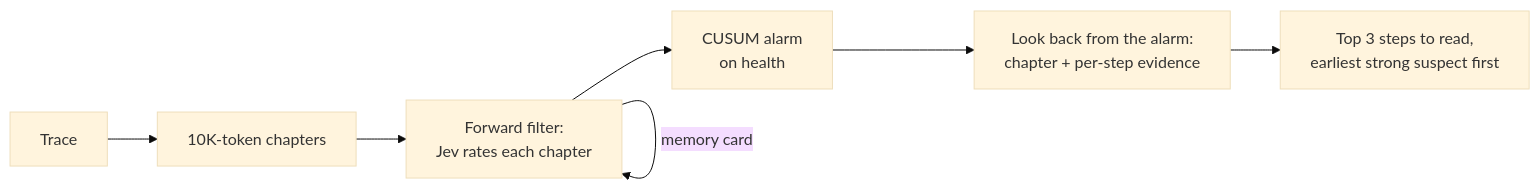
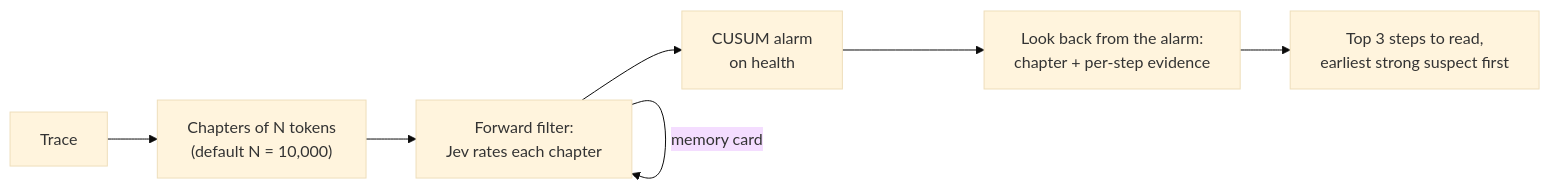
Before and after one commit to ahmedezz26/alibi: the diagram in README.md, drawn with Mermaid (base theme). The commit also changed other lines of this file and 12 other files, not shown here.

````diff
--- a/README.md
+++ b/README.md
@@ -26,9 +26,9 @@
 ```mermaid
 flowchart LR
-  A[Trace] --> B[10K-token chapters]
+  A[Trace] --> B["Chapters of N tokens<br/>(default N = 10,000)"]
   B --> C[Forward filter:<br/>Jev rates each chapter]
   C -->|memory card| C
   C --> D[CUSUM alarm<br/>on health]
   D --> E[Look back from the alarm:<br/>chapter + per-step evidence]
   E --> F[Top 3 steps to read,<br/>earliest strong suspect first]
 ```
````
